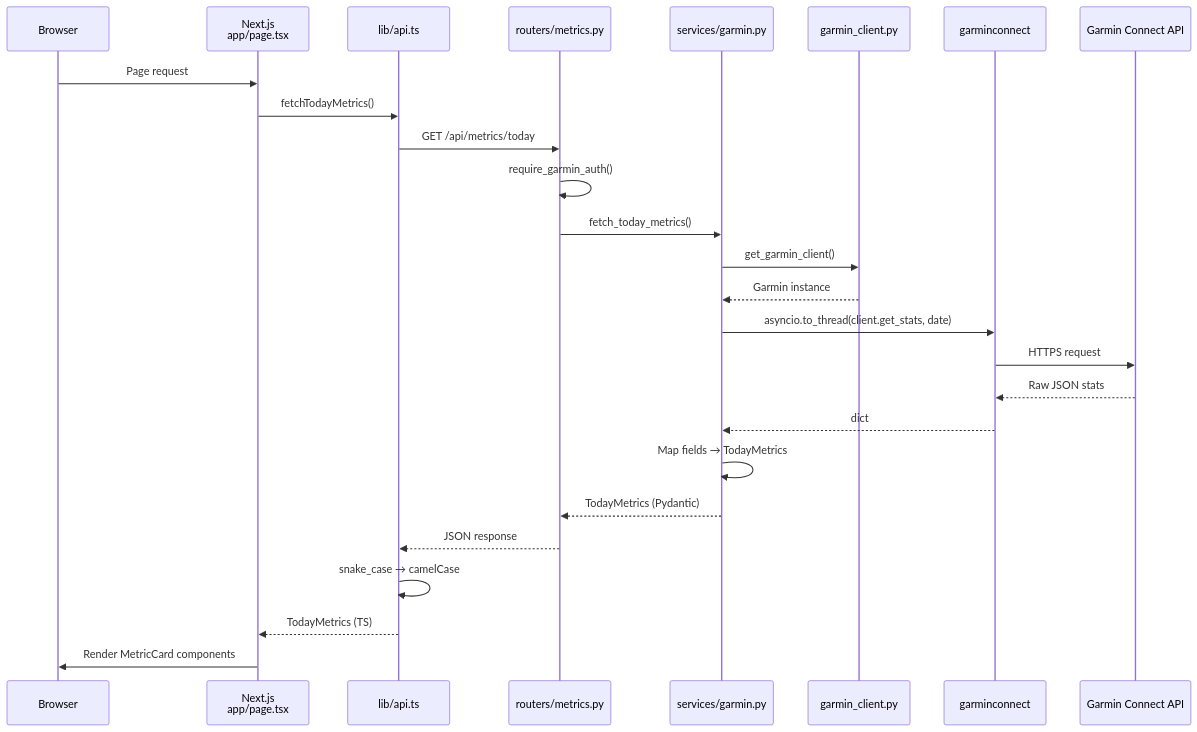
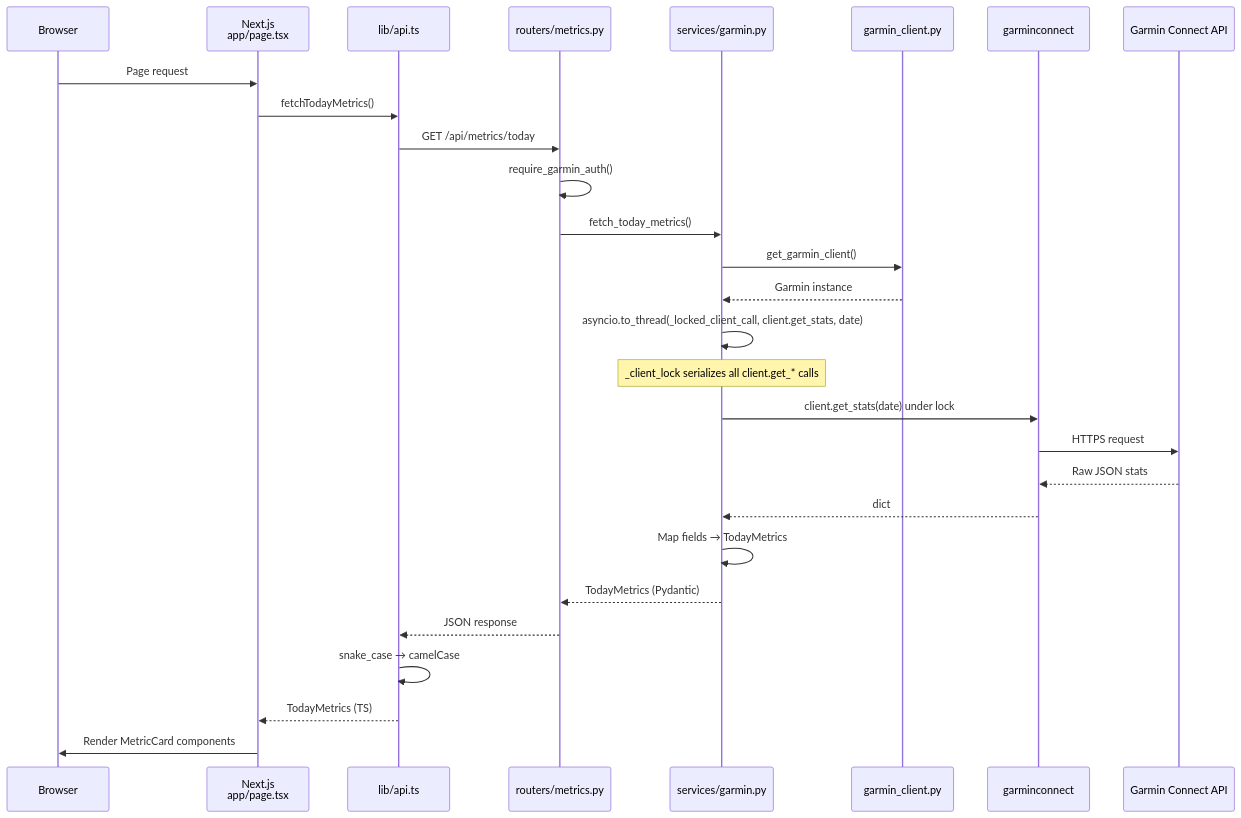
Before and after one commit to solarflarefx/health-dashboard: the sixth of 6 diagrams in docs/architecture.md, drawn with Mermaid. The commit also changed other lines of this file and 7 other files, not shown here.

````diff
--- a/docs/architecture.md
+++ b/docs/architecture.md
@@ -260,29 +286,31 @@
 ```mermaid
 sequenceDiagram
     participant Browser
     participant Next as Next.js<br/>app/page.tsx
     participant API as lib/api.ts
     participant Router as routers/metrics.py
     participant Svc as services/garmin.py
     participant Client as garmin_client.py
     participant GC as garminconnect
     participant Garmin as Garmin Connect API
 
     Browser->>Next: Page request
     Next->>API: fetchTodayMetrics()
     API->>Router: GET /api/metrics/today
     Router->>Router: require_garmin_auth()
     Router->>Svc: fetch_today_metrics()
     Svc->>Client: get_garmin_client()
     Client-->>Svc: Garmin instance
-    Svc->>GC: asyncio.to_thread(client.get_stats, date)
+    Svc->>Svc: asyncio.to_thread(_locked_client_call, client.get_stats, date)
+    Note over Svc: _client_lock serializes all client.get_* calls
+    Svc->>GC: client.get_stats(date) under lock
     GC->>Garmin: HTTPS request
     Garmin-->>GC: Raw JSON stats
     GC-->>Svc: dict
     Svc->>Svc: Map fields → TodayMetrics
     Svc-->>Router: TodayMetrics (Pydantic)
     Router-->>API: JSON response
     API->>API: snake_case → camelCase
     API-->>Next: TodayMetrics (TS)
     Next->>Browser: Render MetricCard components
 ```
````
